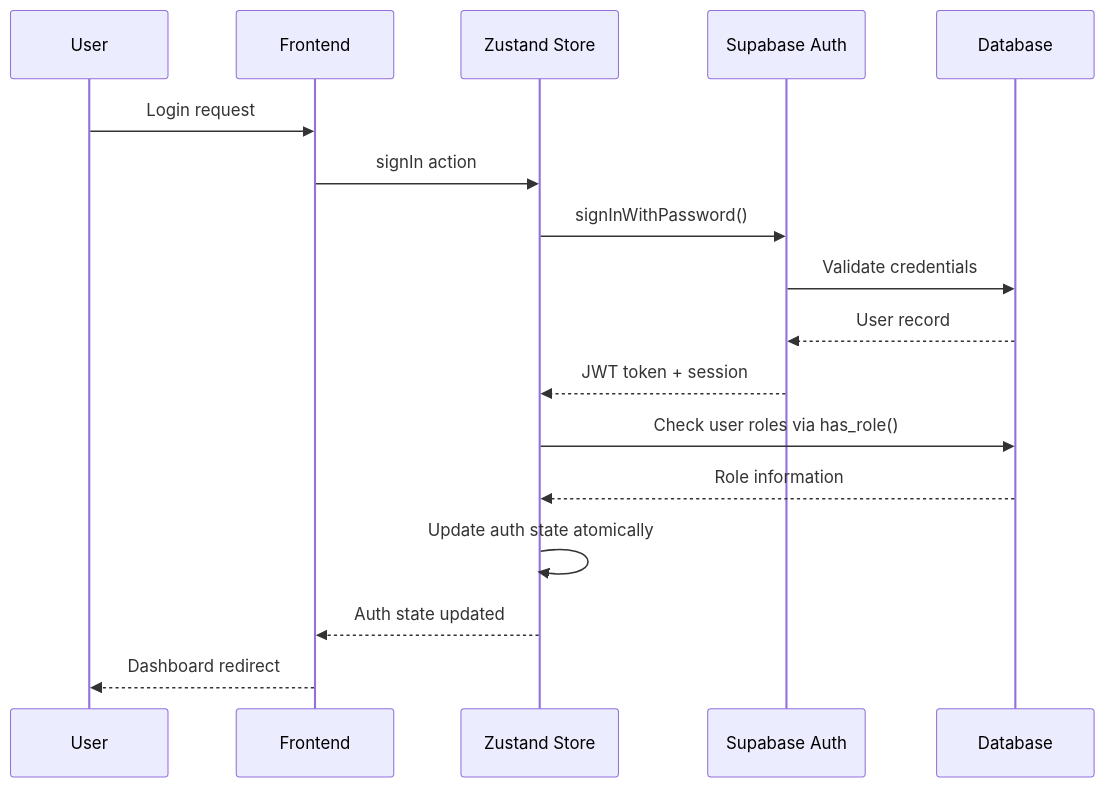
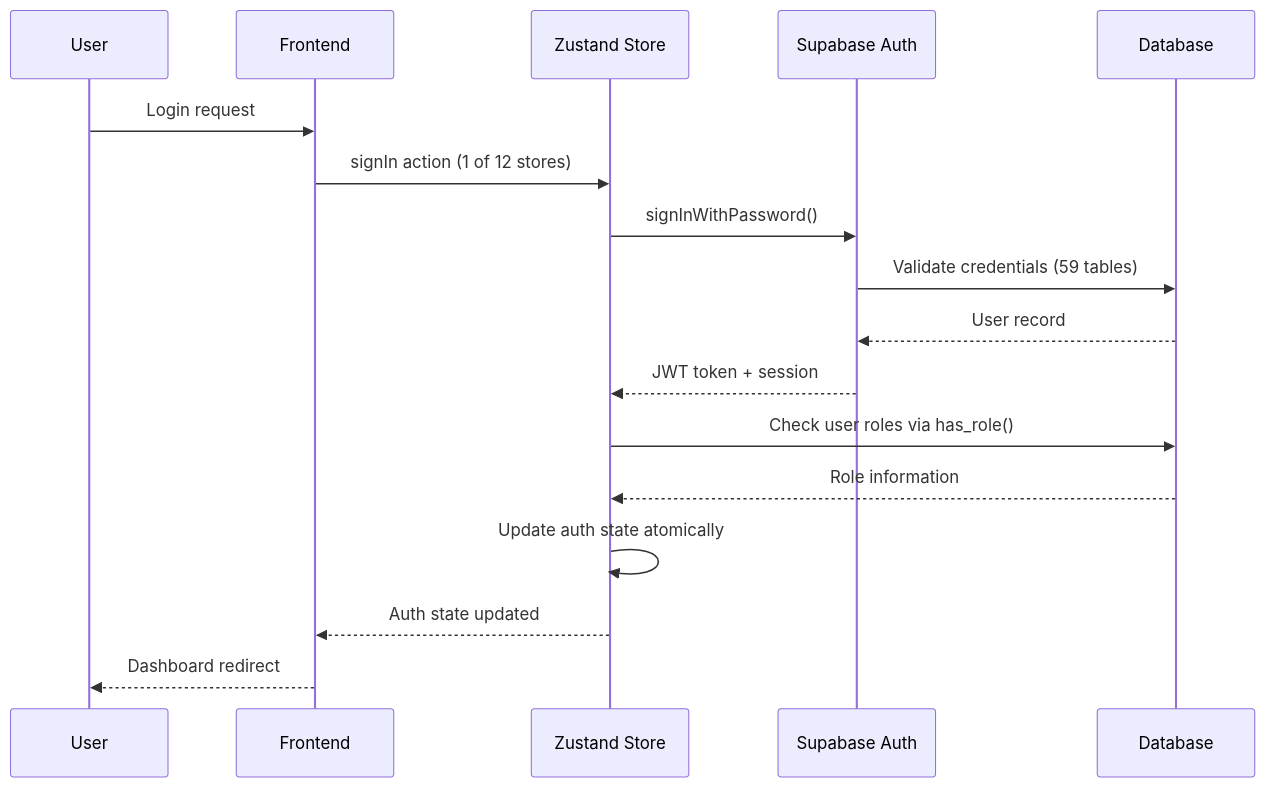
One commit to tasyymou5e/chatterbox changed the diagram in ARCHITECTURE_DOCUMENTATION.md. Above: the diagram before and after it, drawn with Mermaid. The commit also changed other lines of this file and 5 other files, not shown here.

````diff
--- a/ARCHITECTURE_DOCUMENTATION.md
+++ b/ARCHITECTURE_DOCUMENTATION.md
@@ -151,20 +177,20 @@
 ```mermaid
 sequenceDiagram
     participant U as User
     participant F as Frontend
     participant Z as Zustand Store
     participant S as Supabase Auth
     participant D as Database
 
     U->>F: Login request
-    F->>Z: signIn action
+    F->>Z: signIn action (1 of 12 stores)
     Z->>S: signInWithPassword()
-    S->>D: Validate credentials
+    S->>D: Validate credentials (59 tables)
     D-->>S: User record
     S-->>Z: JWT token + session
     Z->>D: Check user roles via has_role()
     D-->>Z: Role information
     Z->>Z: Update auth state atomically
     Z-->>F: Auth state updated
     F-->>U: Dashboard redirect
 ```
````
